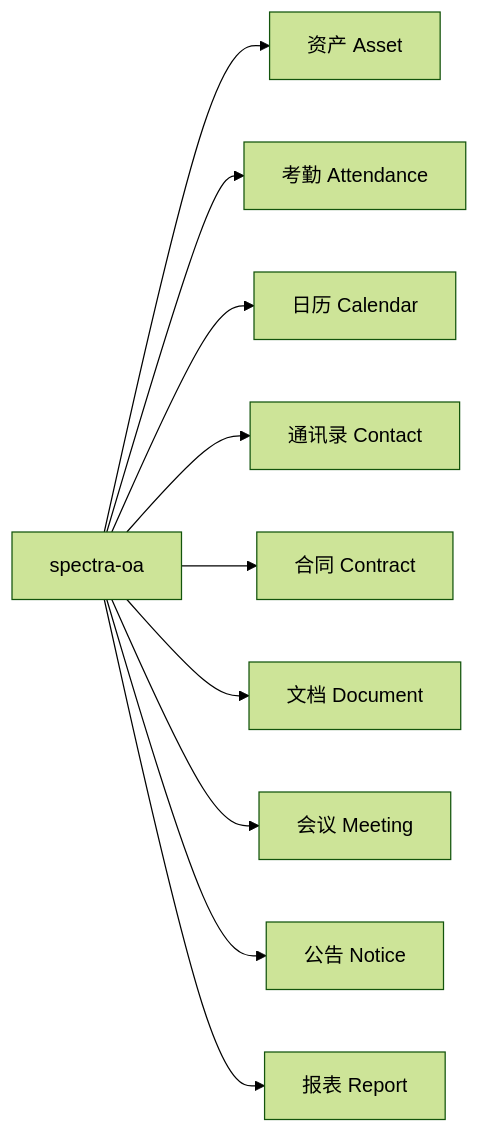
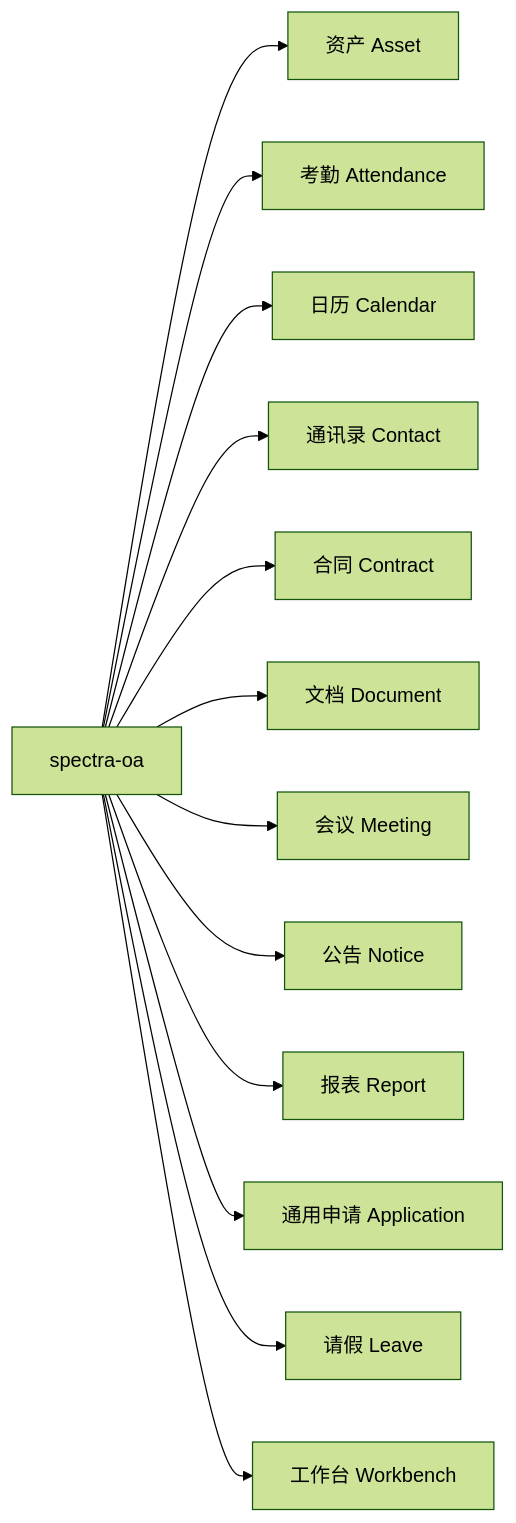
Before and after one commit to yangxj96/spectra-docs: the diagram in docs/10-后端/40-OA模块.md, drawn with Mermaid (forest theme). The commit also changed other lines of this file and 12 other files, not shown here.

````diff
--- a/docs/10-后端/40-OA模块.md
+++ b/docs/10-后端/40-OA模块.md
@@ -13,13 +13,16 @@
 ```mermaid
 graph LR
     OA["spectra-oa"]
     OA --> Asset["资产 Asset"]
     OA --> Attendance["考勤 Attendance"]
     OA --> Calendar["日历 Calendar"]
     OA --> Contact["通讯录 Contact"]
     OA --> Contract["合同 Contract"]
     OA --> Document["文档 Document"]
     OA --> Meeting["会议 Meeting"]
     OA --> Notice["公告 Notice"]
     OA --> Report["报表 Report"]
+    OA --> Application["通用申请 Application"]
+    OA --> Leave["请假 Leave"]
+    OA --> Workbench["工作台 Workbench"]
 ```
````
